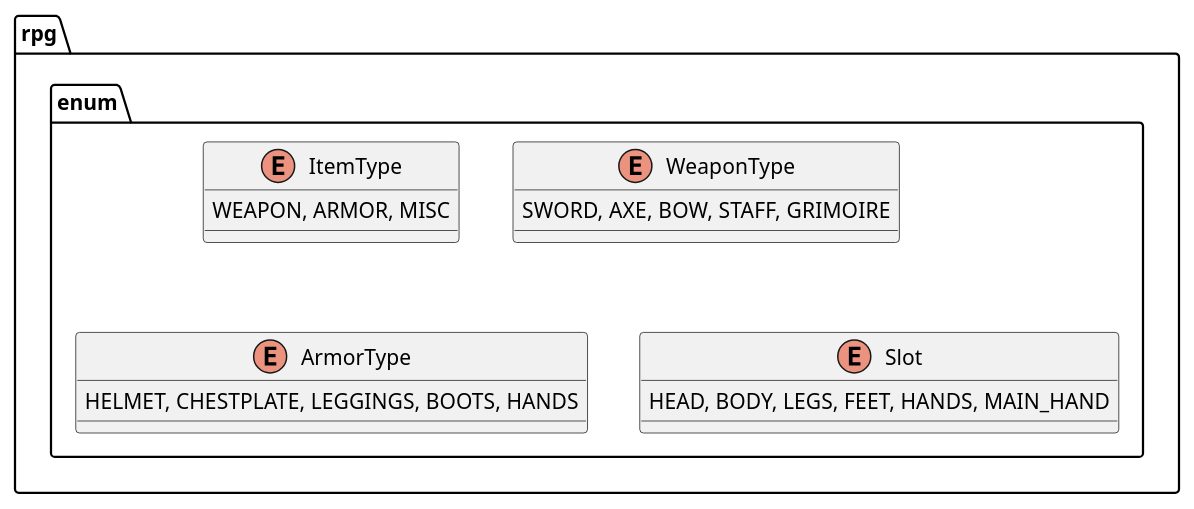
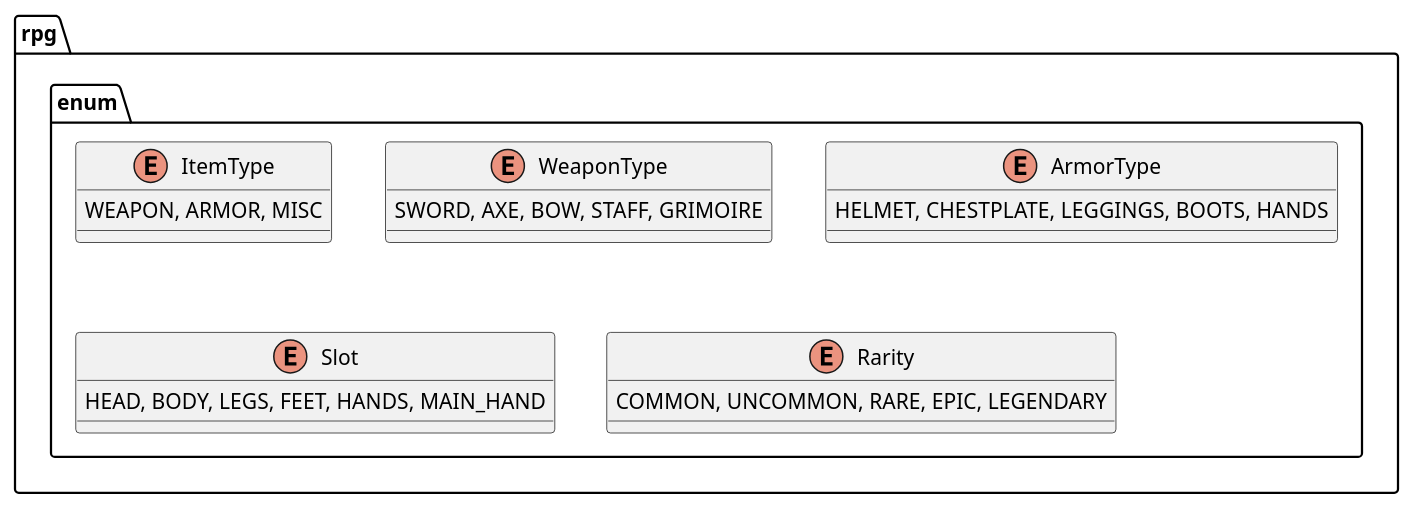
The first of 3 diagrams in Writerside/topics/inventory.md (jesus-castro89/prog_avanzada), drawn with PlantUML before and after one commit. The commit also changed 4 other files, not shown here.

````diff
--- a/Writerside/topics/inventory.md
+++ b/Writerside/topics/inventory.md
@@ -66,21 +66,25 @@
 ```plantuml
 @startuml
 package rpg.enum{
     enum ItemType{
         WEAPON, ARMOR, MISC 
     }
 
     enum WeaponType{
         SWORD, AXE, BOW, STAFF, GRIMOIRE
     }
 
     enum ArmorType{
         HELMET, CHESTPLATE, LEGGINGS, BOOTS, HANDS
     }
 
     enum Slot{
         HEAD, BODY, LEGS, FEET, HANDS, MAIN_HAND        
     }
+    
+    enum Rarity{
+        COMMON, UNCOMMON, RARE, EPIC, LEGENDARY
+    }
 }
 @enduml
 ```
````
